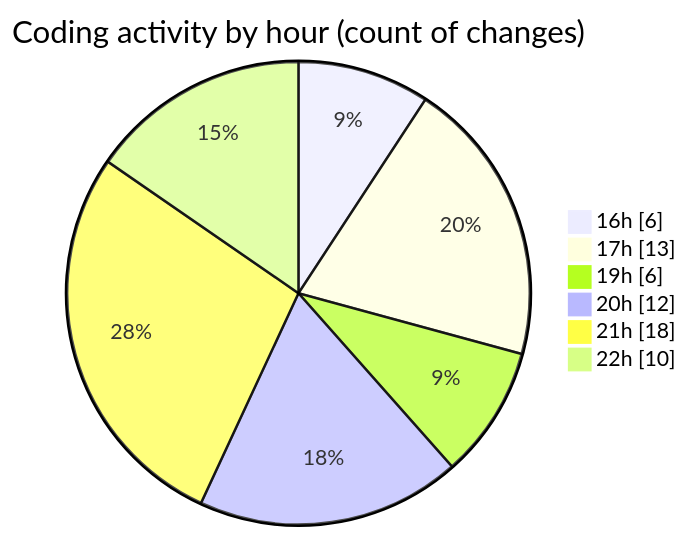
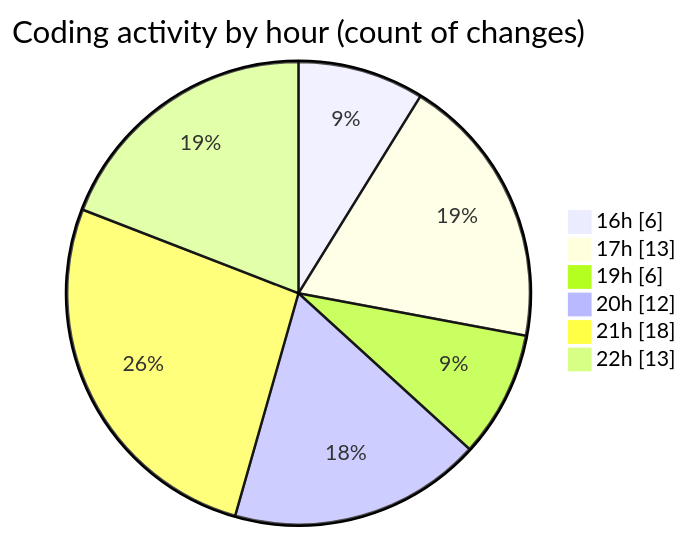
One commit to idhammustaqopulfikri/code-tracking changed the second of 2 diagrams in 2025-06-22/studio-backend/README.md. Above: the diagram before and after it, drawn with Mermaid. The commit also changed other lines of this file and 1 other file, not shown here.

````diff
--- a/2025-06-22/studio-backend/README.md
+++ b/2025-06-22/studio-backend/README.md
@@ -39,10 +39,10 @@
 ```mermaid
 pie showData
 title Coding activity by hour (count of changes)
 "16h" : 6
 "17h" : 13
 "19h" : 6
 "20h" : 12
 "21h" : 18
-"22h" : 10
+"22h" : 13
 ```
````
